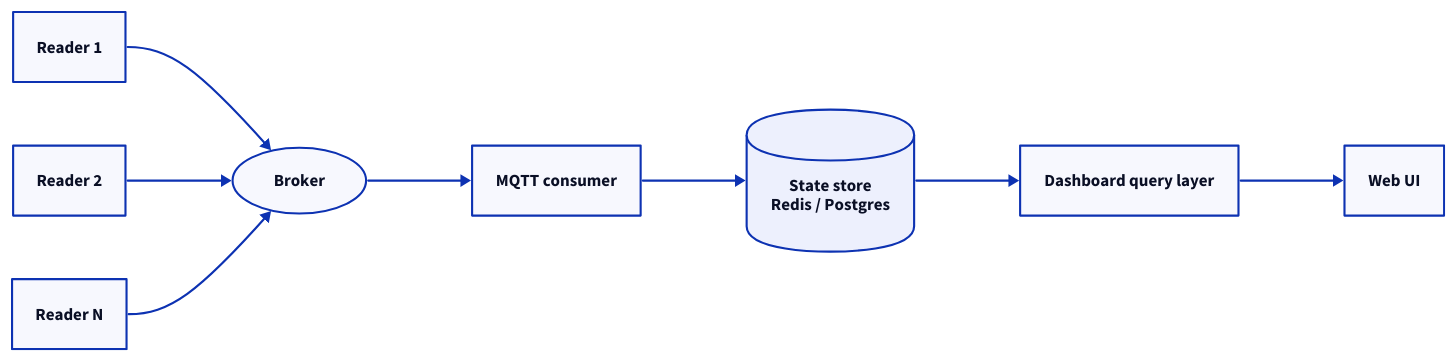
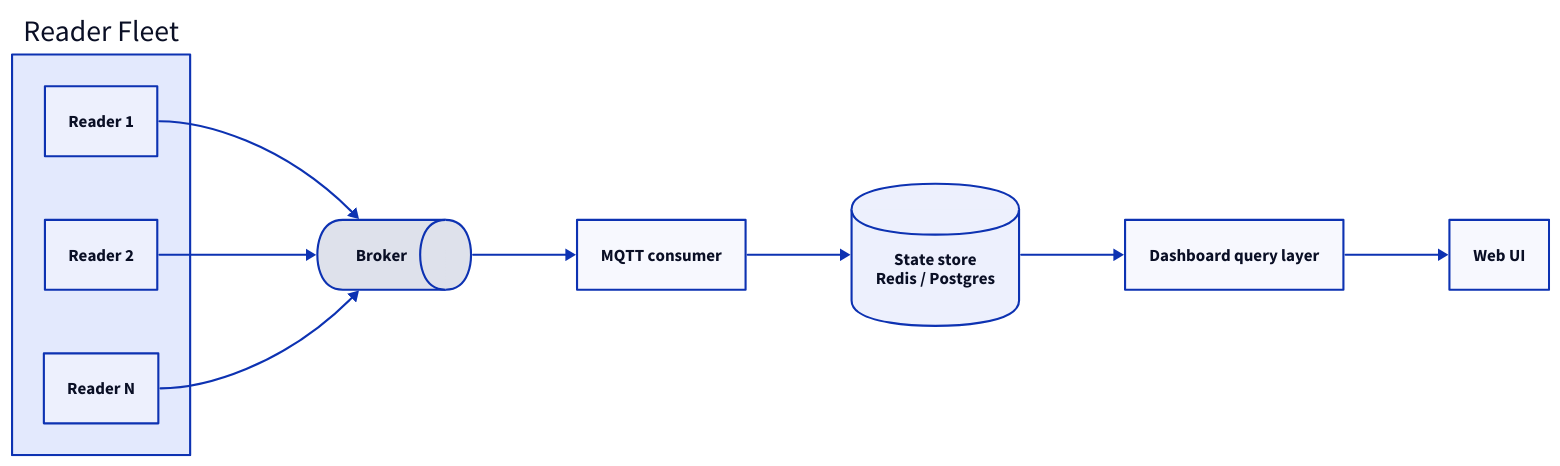
One commit to admiral-ai/zebra-handheld-rfid-iotc changed the second of 2 diagrams in docs/observability/monitoring/fleet-dashboard.md. Above: the diagram before and after it, drawn with D2. The commit also changed other lines of this file and 40 other files, not shown here.

First line of the commit message:
Redesign all 54 D2 diagrams to a unified visual system

````diff
--- a/docs/observability/monitoring/fleet-dashboard.md
+++ b/docs/observability/monitoring/fleet-dashboard.md
@@ -77,18 +82,21 @@
 ```d2
 direction: right
-R1: Reader 1
-R2: Reader 2
-Rn: Reader N
-B: Broker { shape: oval }
+fleet: Reader Fleet {
+  R1: Reader 1
+  R2: Reader 2
+  Rn: Reader N
+}
+B: Broker { shape: queue }
 C: MQTT consumer
 SS: "State store\nRedis / Postgres" { shape: cylinder }
 DQ: Dashboard query layer
 UI: Web UI
-R1 -> B
-R2 -> B
-Rn -> B
+fleet.R1 -> B
+fleet.R2 -> B
+fleet.Rn -> B
 B -> C
 C -> SS
 SS -> DQ
 DQ -> UI
+
 ```
````
